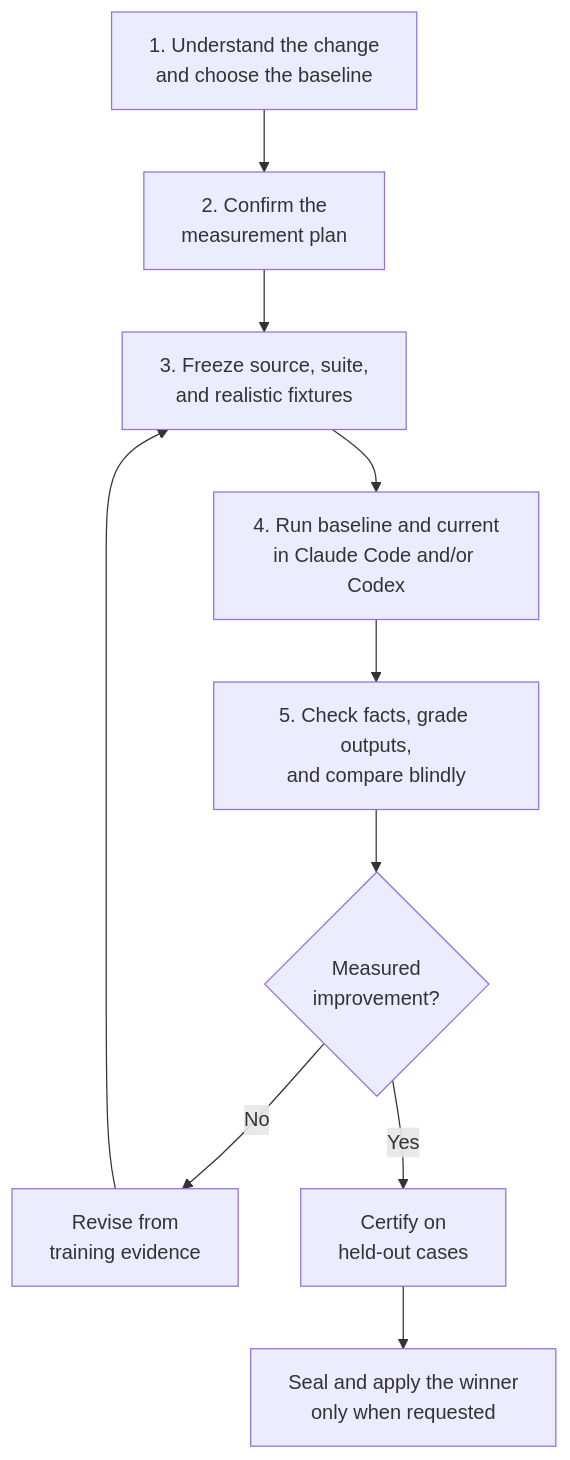
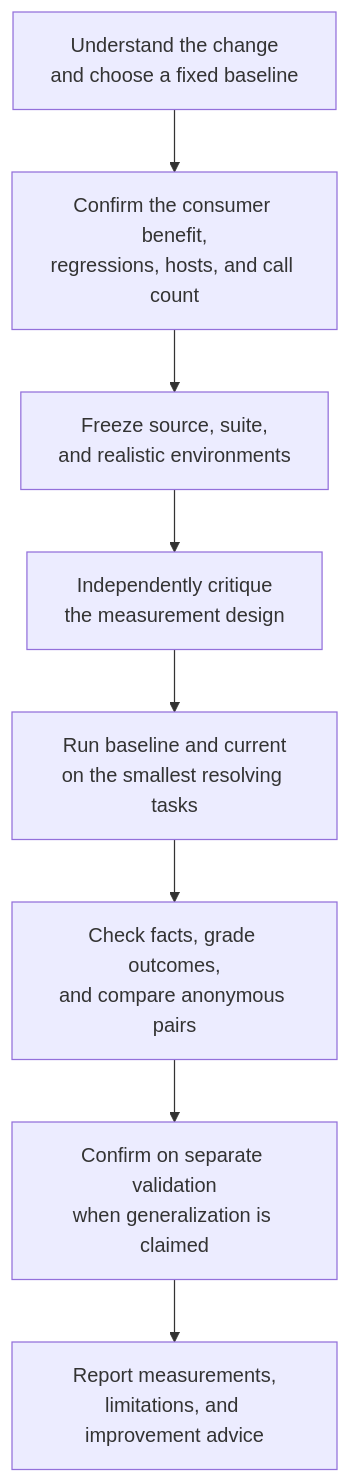
Before and after one commit to tmchow/skill-eval: the diagram in README.md, drawn with Mermaid. The commit also changed other lines of this file and 84 other files, not shown here.

````diff
--- a/README.md
+++ b/README.md
@@ -172,16 +169,13 @@
 ```mermaid
 flowchart TD
-    A["1. Understand the change<br/>and choose the baseline"]
-    B["2. Confirm the<br/>measurement plan"]
-    C["3. Freeze source, suite,<br/>and realistic fixtures"]
-    D["4. Run baseline and current<br/>in Claude Code and/or Codex"]
-    E["5. Check facts, grade outputs,<br/>and compare blindly"]
-    F{"Measured<br/>improvement?"}
-    G["Revise from<br/>training evidence"]
-    H["Certify on<br/>held-out cases"]
-    I["Seal and apply the winner<br/>only when requested"]
+    A["Understand the change<br/>and choose a fixed baseline"]
+    B["Confirm the consumer benefit,<br/>regressions, hosts, and call count"]
+    C["Freeze source, suite,<br/>and realistic environments"]
+    D["Independently critique<br/>the measurement design"]
+    E["Run baseline and current<br/>on the smallest resolving tasks"]
+    F["Check facts, grade outcomes,<br/>and compare anonymous pairs"]
+    G["Confirm on separate validation<br/>when generalization is claimed"]
+    H["Report measurements,<br/>limitations, and improvement advice"]
 
-    A --> B --> C --> D --> E --> F
-    F -->|No| G --> C
-    F -->|Yes| H --> I
+    A --> B --> C --> D --> E --> F --> G --> H
 ```
````
